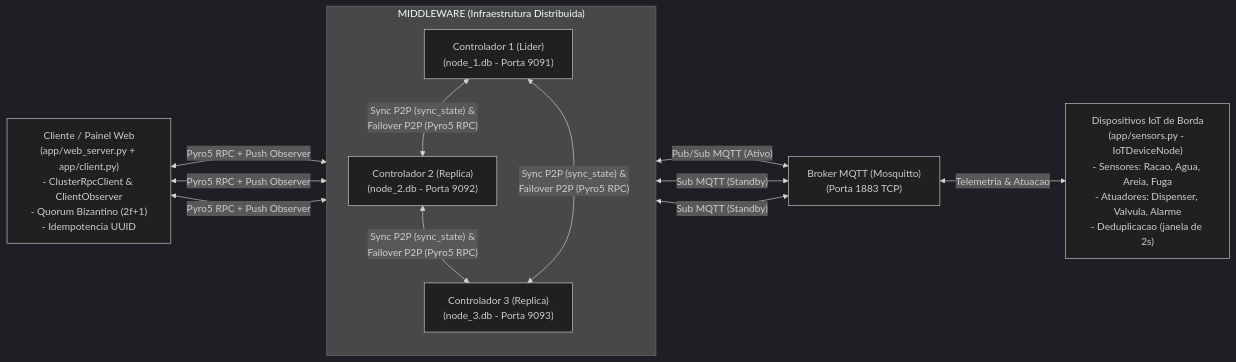
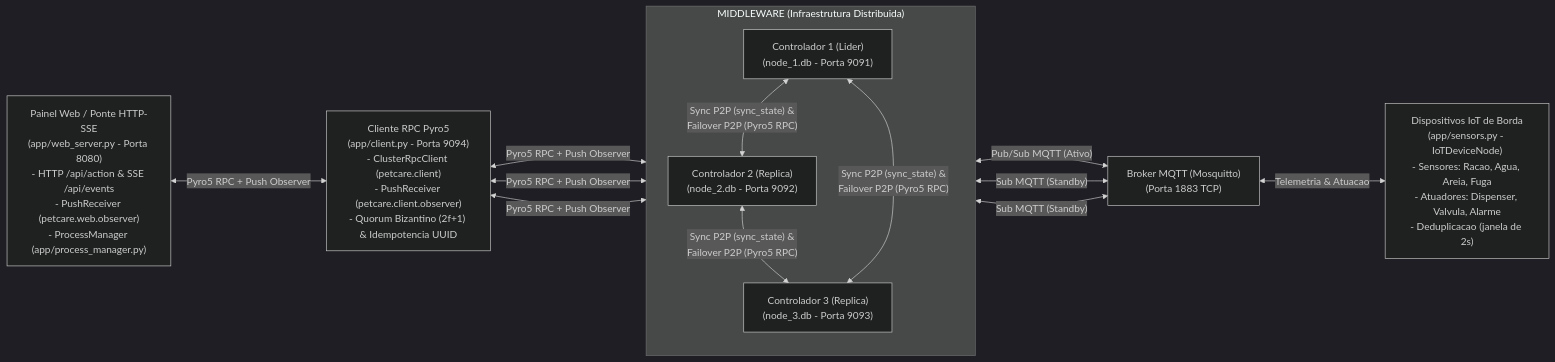
Before and after one commit to moimanu/pet-care: the diagram in docs/architecture.md, drawn with Mermaid (dark theme). The commit also changed other lines of this file and 2 other files, not shown here.

Commit message:
docs: update architecture, execution, and report docs

````diff
--- a/docs/architecture.md
+++ b/docs/architecture.md
@@ -7,29 +7,33 @@
 ```mermaid
 flowchart LR
-    CLI["Cliente / Painel Web\n(app/web_server.py + app/client.py)\n- ClusterRpcClient & ClientObserver\n- Quorum Bizantino (2f+1)\n- Idempotencia UUID"]
+    WEB["Painel Web / Ponte HTTP-SSE\n(app/web_server.py - Porta 8080)\n- HTTP /api/action & SSE /api/events\n- PushReceiver (petcare.web.observer)\n- ProcessManager (app/process_manager.py)"]
+
+    CLI["Cliente RPC Pyro5\n(app/client.py - Porta 9094)\n- ClusterRpcClient (petcare.client)\n- PushReceiver (petcare.client.observer)\n- Quorum Bizantino (2f+1) & Idempotencia UUID"]
 
     subgraph MIDDLEWARE["MIDDLEWARE (Infraestrutura Distribuida)"]
         direction TB
         C1["Controlador 1 (Lider)\n(node_1.db - Porta 9091)"]
         C2["Controlador 2 (Replica)\n(node_2.db - Porta 9092)"]
         C3["Controlador 3 (Replica)\n(node_3.db - Porta 9093)"]
 
         C1 <-->|"Sync P2P (sync_state) &\nFailover P2P (Pyro5 RPC)"| C2
         C2 <-->|"Sync P2P (sync_state) &\nFailover P2P (Pyro5 RPC)"| C3
         C1 <-->|"Sync P2P (sync_state) &\nFailover P2P (Pyro5 RPC)"| C3
     end
 
     MQTT["Broker MQTT (Mosquitto)\n(Porta 1883 TCP)"]
 
     IOT["Dispositivos IoT de Borda\n(app/sensors.py - IoTDeviceNode)\n- Sensores: Racao, Agua, Areia, Fuga\n- Atuadores: Dispenser, Valvula, Alarme\n- Deduplicacao (janela de 2s)"]
 
+    WEB <-->|"Pyro5 RPC + Push Observer"| CLI
+
     CLI <-->|"Pyro5 RPC + Push Observer"| C1
     CLI <-->|"Pyro5 RPC + Push Observer"| C2
     CLI <-->|"Pyro5 RPC + Push Observer"| C3
 
     C1 <-->|"Pub/Sub MQTT (Ativo)"| MQTT
     C2 <-->|"Sub MQTT (Standby)"| MQTT
     C3 <-->|"Sub MQTT (Standby)"| MQTT
 
     MQTT <-->|"Telemetria & Atuacao"| IOT
 ```
````
